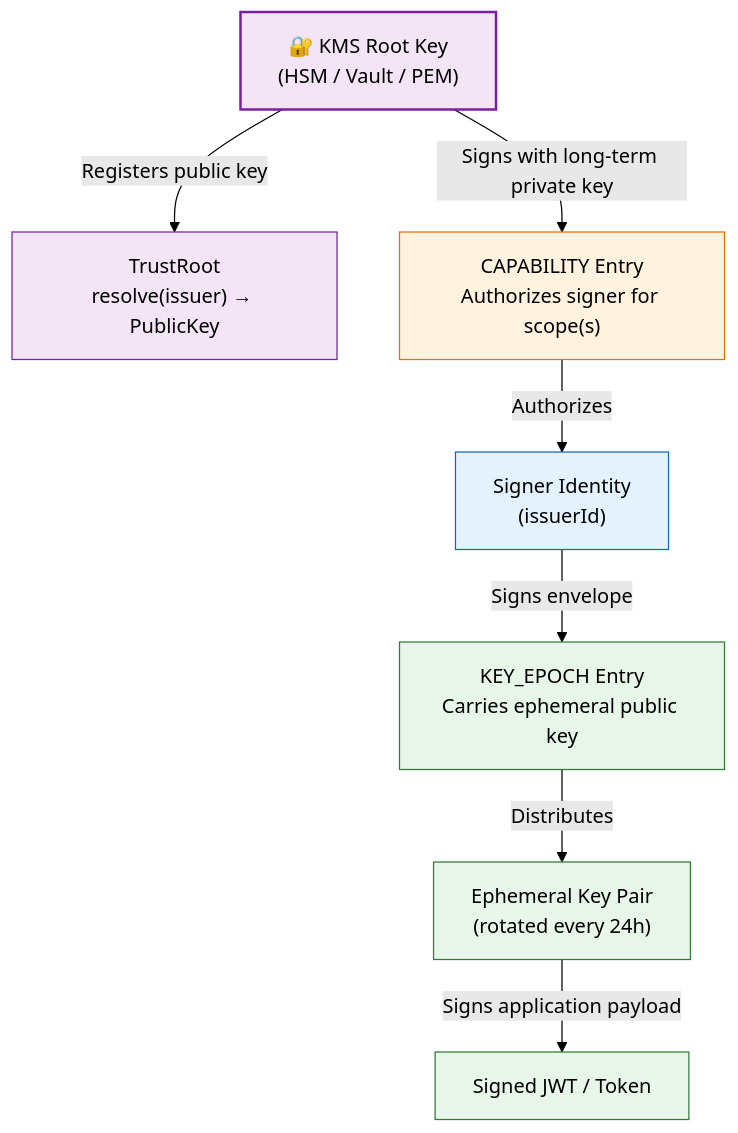
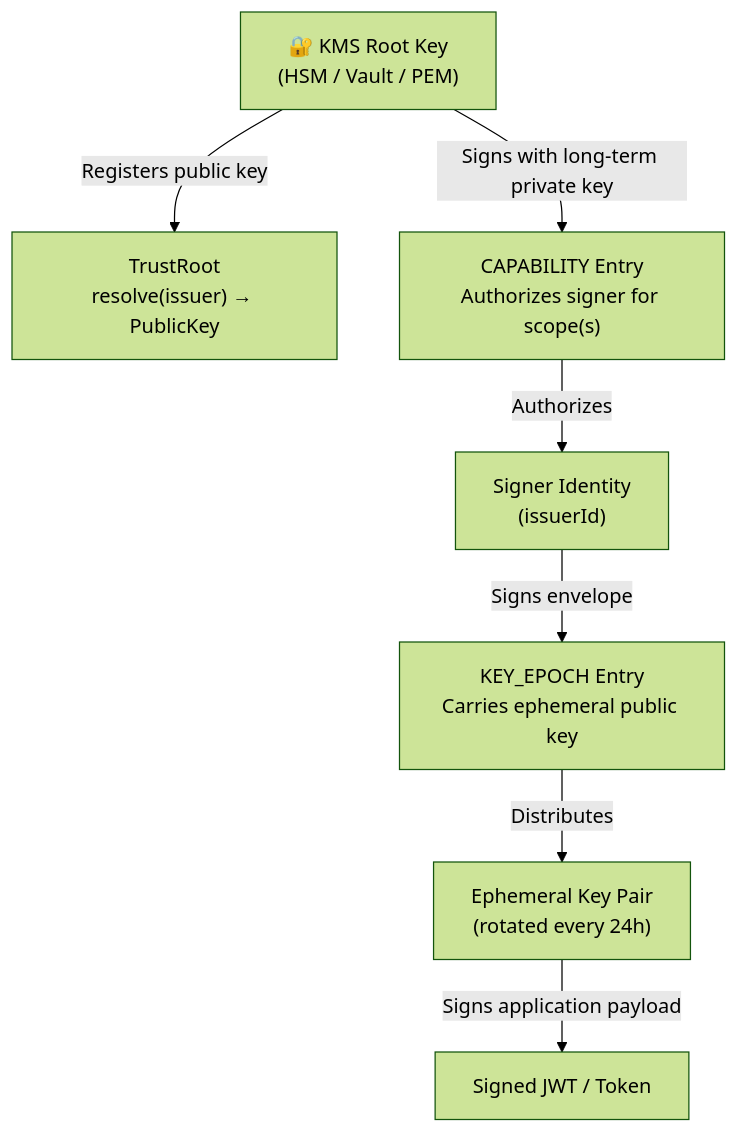
The first of 4 diagrams in docs/docs/architecture/trust-hierarchy.md (cyfko/veridot), drawn with Mermaid (forest theme) before and after one commit. The commit also changed other lines of this file and 25 other files, not shown here.

First line of the commit message:
style: remove colorful fill styles from Mermaid diagrams

````diff
--- a/docs/docs/architecture/trust-hierarchy.md
+++ b/docs/docs/architecture/trust-hierarchy.md
@@ -16,25 +16,18 @@
 ```mermaid
 graph TD
     KMS["🔐 KMS Root Key<br/>(HSM / Vault / PEM)"]
     TR["TrustRoot<br/>resolve(issuer) → PublicKey"]
     CAP["CAPABILITY Entry<br/>Authorizes signer for scope(s)"]
     SID["Signer Identity<br/>(issuerId)"]
     KE["KEY_EPOCH Entry<br/>Carries ephemeral public key"]
     EPH["Ephemeral Key Pair<br/>(rotated every 24h)"]
     JWT["Signed JWT / Token"]
 
     KMS -->|"Registers public key"| TR
     KMS -->|"Signs with long-term private key"| CAP
     CAP -->|"Authorizes"| SID
     SID -->|"Signs envelope"| KE
     KE -->|"Distributes"| EPH
     EPH -->|"Signs application payload"| JWT
 
-    style KMS fill:#f3e5f5,stroke:#7b1fa2,stroke-width:2px
-    style TR fill:#f3e5f5,stroke:#7b1fa2
-    style CAP fill:#fff3e0,stroke:#ef6c00
-    style SID fill:#e3f2fd,stroke:#1565c0
-    style KE fill:#e8f5e9,stroke:#2e7d32
-    style EPH fill:#e8f5e9,stroke:#2e7d32
-    style JWT fill:#e8f5e9,stroke:#2e7d32
 ```
````
